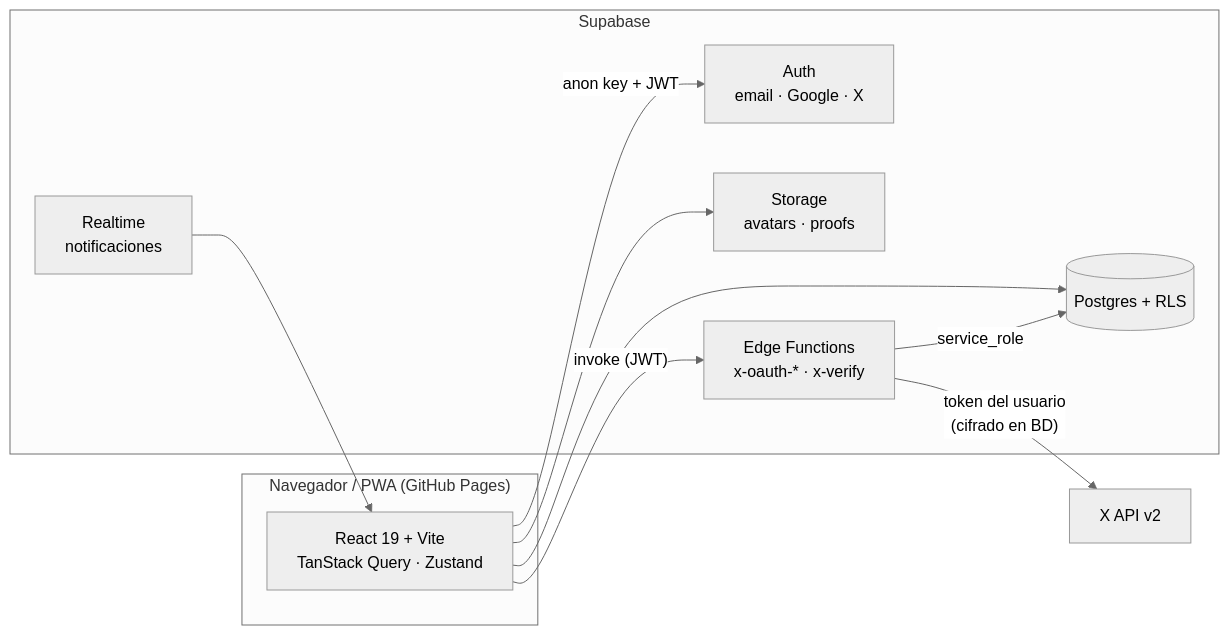
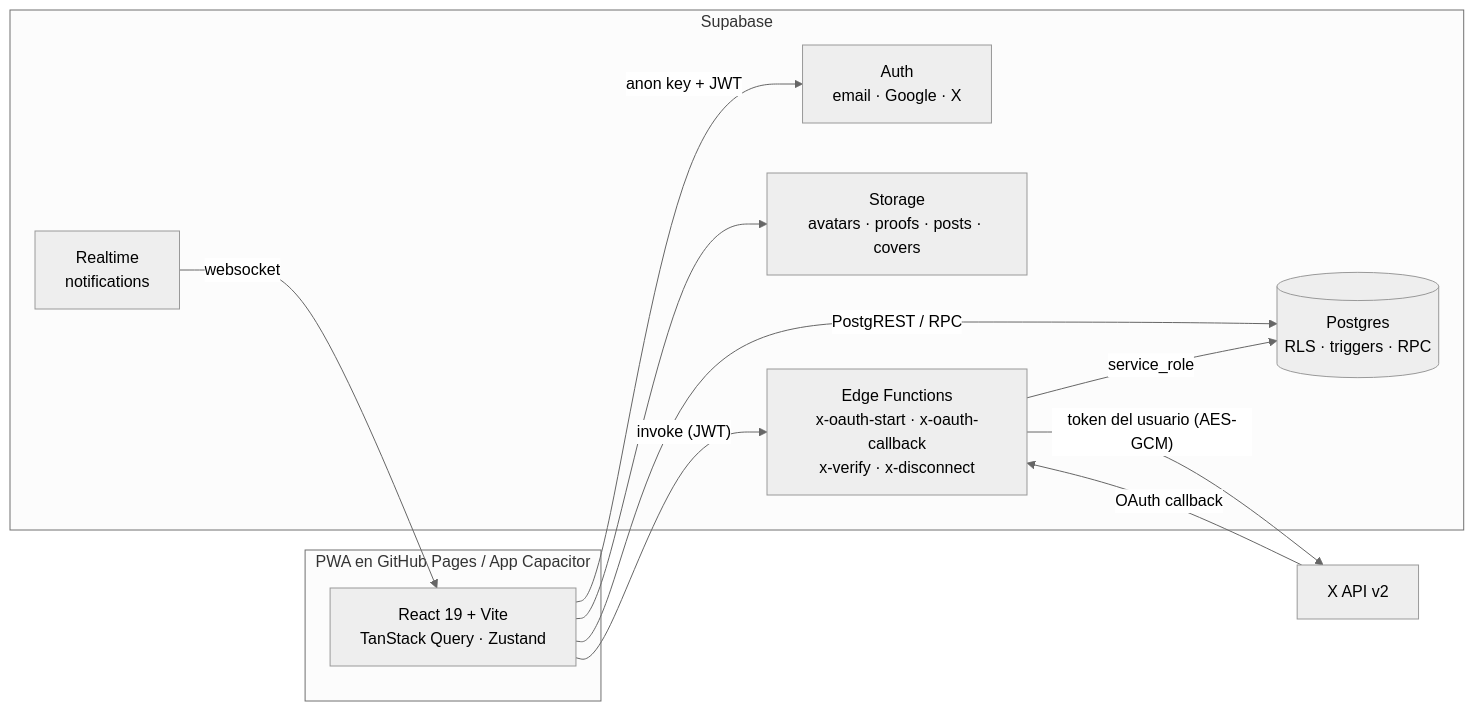
The first of 3 diagrams in docs/arquitectura.md (ahernandez061/fachapp), drawn with Mermaid (neutral theme) before and after one commit. The commit also changed other lines of this file and 26 other files, not shown here.

````diff
--- a/docs/arquitectura.md
+++ b/docs/arquitectura.md
@@ -3,24 +3,25 @@
 ```mermaid
 flowchart LR
-  subgraph Cliente["Navegador / PWA (GitHub Pages)"]
+  subgraph Cliente["PWA en GitHub Pages / App Capacitor"]
     UI["React 19 + Vite<br/>TanStack Query · Zustand"]
   end
 
   subgraph Supabase
     Auth["Auth<br/>email · Google · X"]
-    DB[("Postgres + RLS")]
-    ST["Storage<br/>avatars · proofs"]
-    RT["Realtime<br/>notificaciones"]
-    EF["Edge Functions<br/>x-oauth-* · x-verify"]
+    DB[("Postgres<br/>RLS · triggers · RPC")]
+    ST["Storage<br/>avatars · proofs · posts · covers"]
+    RT["Realtime<br/>notifications"]
+    EF["Edge Functions<br/>x-oauth-start · x-oauth-callback<br/>x-verify · x-disconnect"]
   end
 
   X["X API v2"]
 
   UI -- "anon key + JWT" --> Auth
-  UI --> DB
+  UI -- "PostgREST / RPC" --> DB
   UI --> ST
-  RT --> UI
+  RT -- "websocket" --> UI
   UI -- "invoke (JWT)" --> EF
   EF -- "service_role" --> DB
-  EF -- "token del usuario<br/>(cifrado en BD)" --> X
+  EF -- "token del usuario (AES-GCM)" --> X
+  X -- "OAuth callback" --> EF
 ```
````
